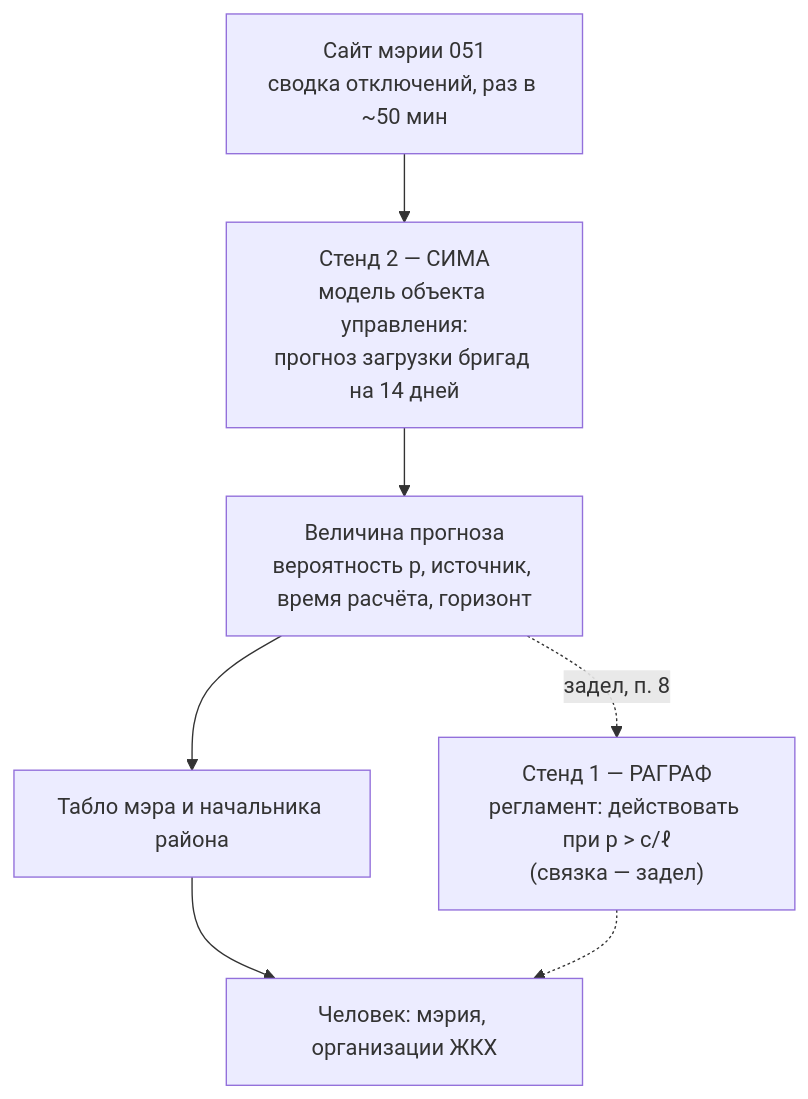
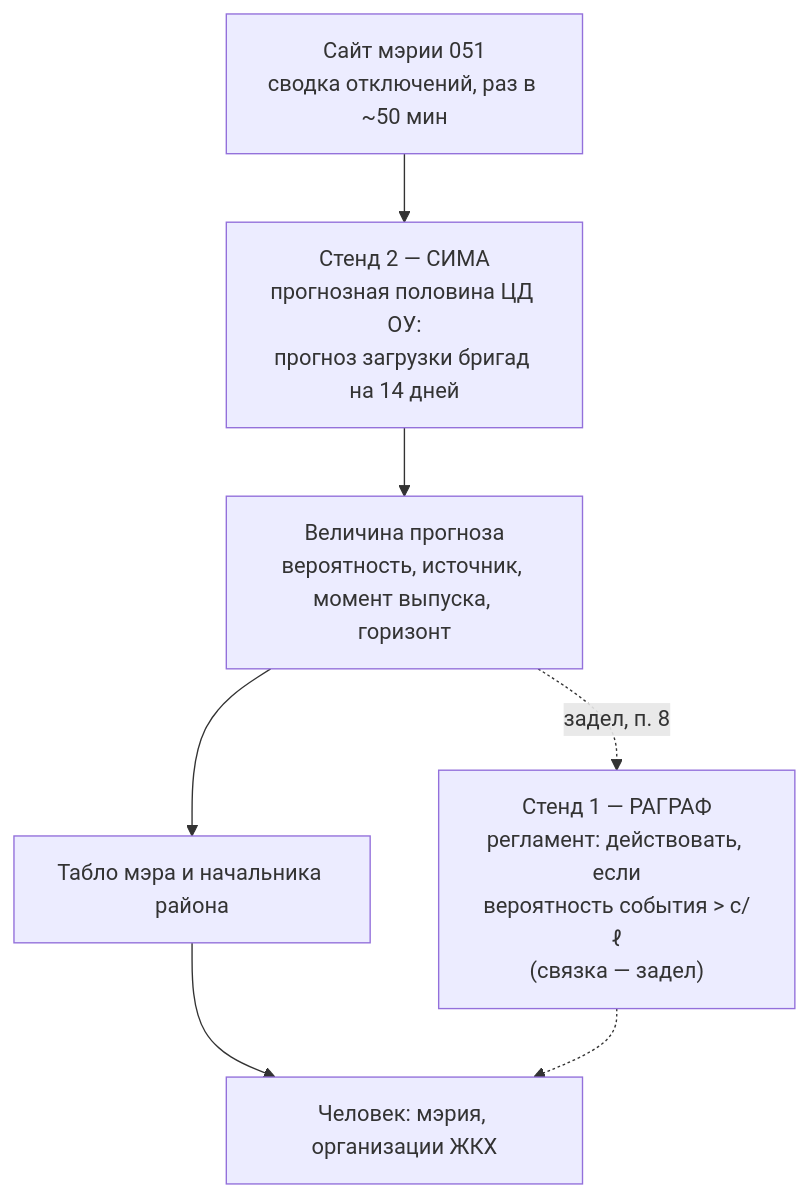
One commit to Barbashin1970/NSK_OpenData_Bot changed the first of 2 diagrams in docs/NIR-SIMA-PROGNOZ-BRIGAD-2026.md. Above: the diagram before and after it, drawn with Mermaid. The commit also changed other lines of this file, not shown here.

First line of the commit message:
Отчёт РАГРАФ-ПРОГНОЗ.НИР.001-2026 ред. 2.1: сверка с отчётом РАГРАФ

````diff
--- a/docs/NIR-SIMA-PROGNOZ-BRIGAD-2026.md
+++ b/docs/NIR-SIMA-PROGNOZ-BRIGAD-2026.md
@@ -414,12 +445,12 @@
 ```mermaid
 flowchart TB
     Site["Сайт мэрии 051<br/>сводка отключений, раз в ~50 мин"]
-    SIMA["Стенд 2 — СИМА<br/>модель объекта управления:<br/>прогноз загрузки бригад на 14 дней"]
-    Value["Величина прогноза<br/>вероятность p, источник, время расчёта, горизонт"]
+    SIMA["Стенд 2 — СИМА<br/>прогнозная половина ЦД ОУ:<br/>прогноз загрузки бригад на 14 дней"]
+    Value["Величина прогноза<br/>вероятность, источник, момент выпуска, горизонт"]
     Board["Табло мэра и начальника района"]
-    RAGRAF["Стенд 1 — РАГРАФ<br/>регламент: действовать при p > c/ℓ<br/>(связка — задел)"]
+    RAGRAF["Стенд 1 — РАГРАФ<br/>регламент: действовать, если<br/>вероятность события > c/ℓ<br/>(связка — задел)"]
     Person["Человек: мэрия, организации ЖКХ"]
     Site --> SIMA --> Value
     Value --> Board --> Person
     Value -.->|"задел, п. 8"| RAGRAF -.-> Person
 ```
````
